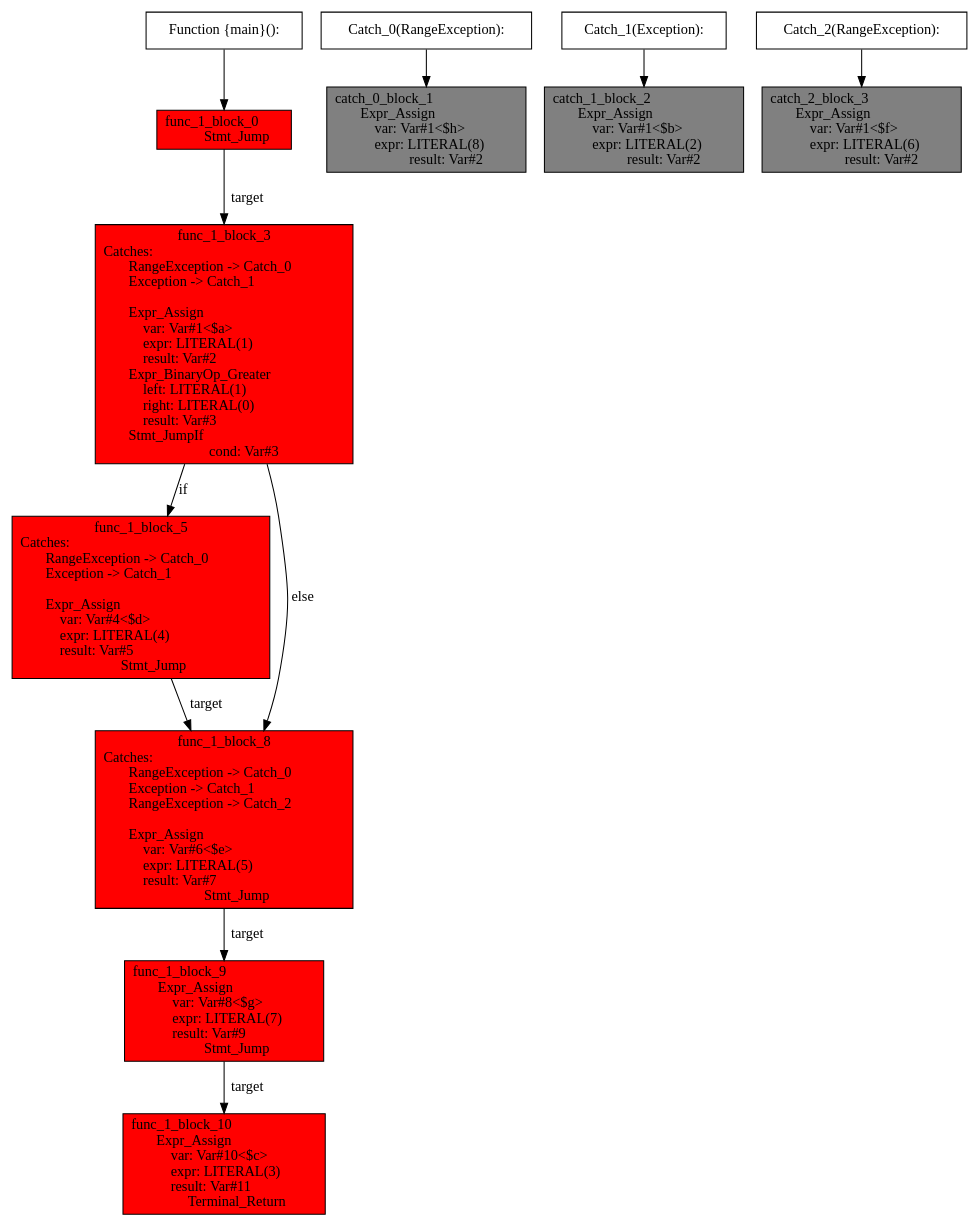
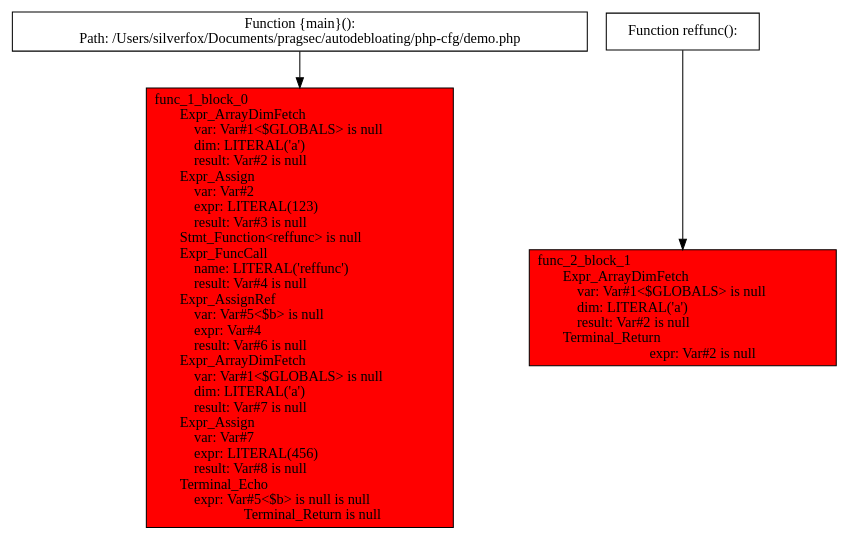
One commit to Hailong/php-cfg changed the diagram in graph.dot. Above: the diagram before and after it, drawn with Graphviz. The commit also changed 2 other files, not shown here.

```diff
--- a/graph.dot
+++ b/graph.dot
@@ -1,105 +1,28 @@
 digraph "cfg" {
-"func_1_block_0" -> "func_1_block_3" [
-label="target"
-]
-"func_1_block_3" -> "func_1_block_5" [
-label="if"
-]
-"func_1_block_3" -> "func_1_block_8" [
-label="else"
-]
-"func_1_block_5" -> "func_1_block_8" [
-label="target"
-]
-"func_1_block_8" -> "func_1_block_9" [
-label="target"
-]
-"func_1_block_9" -> "func_1_block_10" [
-label="target"
-]
 "func_1_header" -> "func_1_block_0" [
 
 ]
-"catch_0_header" -> "catch_0_block_1" [
-
-]
-"catch_1_header" -> "catch_1_block_2" [
-
-]
-"catch_2_header" -> "catch_2_block_3" [
+"func_2_header" -> "func_2_block_1" [
 
 ]
 "func_1_header" [
-label="Function {main}():"
+label="Function {main}():\nPath: /Users/silverfox/Documents/pragsec/autodebloating/php-cfg/demo.php"
 shape="rect"
 ]
 "func_1_block_0" [
-label="func_1_block_0\l        Stmt_Jump"
+label="func_1_block_0\l        Expr_ArrayDimFetch\l            var: Var#1<$GLOBALS> is null\l            dim: LITERAL(\'a\')\l            result: Var#2 is null\l        Expr_Assign\l            var: Var#2\l            expr: LITERAL(123)\l            result: Var#3 is null\l        Stmt_Function<reffunc> is null\l        Expr_FuncCall\l            name: LITERAL(\'reffunc\')\l            result: Var#4 is null\l        Expr_AssignRef\l            var: Var#5<$b> is null\l            expr: Var#4\l            result: Var#6 is null\l        Expr_ArrayDimFetch\l            var: Var#1<$GLOBALS> is null\l            dim: LITERAL(\'a\')\l            result: Var#7 is null\l        Expr_Assign\l            var: Var#7\l            expr: LITERAL(456)\l            result: Var#8 is null\l        Terminal_Echo\l            expr: Var#5<$b> is null is null\l        Terminal_Return is null"
 style="filled"
 fillcolor="red"
 shape="rect"
 ]
-"func_1_block_3" [
-label="func_1_block_3
-Catches:\l        RangeException -> Catch_0\l        Exception -> Catch_1\l        \l        Expr_Assign\l            var: Var#1<$a>\l            expr: LITERAL(1)\l            result: Var#2\l        Expr_BinaryOp_Greater\l            left: LITERAL(1)\l            right: LITERAL(0)\l            result: Var#3\l        Stmt_JumpIf\l            cond: Var#3"
+"func_2_header" [
+label="Function reffunc():"
+shape="rect"
+]
+"func_2_block_1" [
+label="func_2_block_1\l        Expr_ArrayDimFetch\l            var: Var#1<$GLOBALS> is null\l            dim: LITERAL(\'a\')\l            result: Var#2 is null\l        Terminal_Return\l            expr: Var#2 is null"
 style="filled"
 fillcolor="red"
 shape="rect"
 ]
-"func_1_block_5" [
-label="func_1_block_5
-Catches:\l        RangeException -> Catch_0\l        Exception -> Catch_1\l        \l        Expr_Assign\l            var: Var#4<$d>\l            expr: LITERAL(4)\l            result: Var#5\l        Stmt_Jump"
-style="filled"
-fillcolor="red"
-shape="rect"
-]
-"func_1_block_8" [
-label="func_1_block_8
-Catches:\l        RangeException -> Catch_0\l        Exception -> Catch_1\l        RangeException -> Catch_2\l        \l        Expr_Assign\l            var: Var#6<$e>\l            expr: LITERAL(5)\l            result: Var#7\l        Stmt_Jump"
-style="filled"
-fillcolor="red"
-shape="rect"
-]
-"func_1_block_9" [
-label="func_1_block_9\l        Expr_Assign\l            var: Var#8<$g>\l            expr: LITERAL(7)\l            result: Var#9\l        Stmt_Jump"
-style="filled"
-fillcolor="red"
-shape="rect"
-]
-"func_1_block_10" [
-label="func_1_block_10\l        Expr_Assign\l            var: Var#10<$c>\l            expr: LITERAL(3)\l            result: Var#11\l        Terminal_Return"
-style="filled"
-fillcolor="red"
-shape="rect"
-]
-"catch_0_header" [
-label="Catch_0(RangeException):"
-shape="rect"
-]
-"catch_0_block_1" [
-label="catch_0_block_1\l        Expr_Assign\l            var: Var#1<$h>\l            expr: LITERAL(8)\l            result: Var#2"
-style="filled"
-fillcolor="gray"
-shape="rect"
-]
-"catch_1_header" [
-label="Catch_1(Exception):"
-shape="rect"
-]
-"catch_1_block_2" [
-label="catch_1_block_2\l        Expr_Assign\l            var: Var#1<$b>\l            expr: LITERAL(2)\l            result: Var#2"
-style="filled"
-fillcolor="gray"
-shape="rect"
-]
-"catch_2_header" [
-label="Catch_2(RangeException):"
-shape="rect"
-]
-"catch_2_block_3" [
-label="catch_2_block_3\l        Expr_Assign\l            var: Var#1<$f>\l            expr: LITERAL(6)\l            result: Var#2"
-style="filled"
-fillcolor="gray"
-shape="rect"
-]
 }
```
